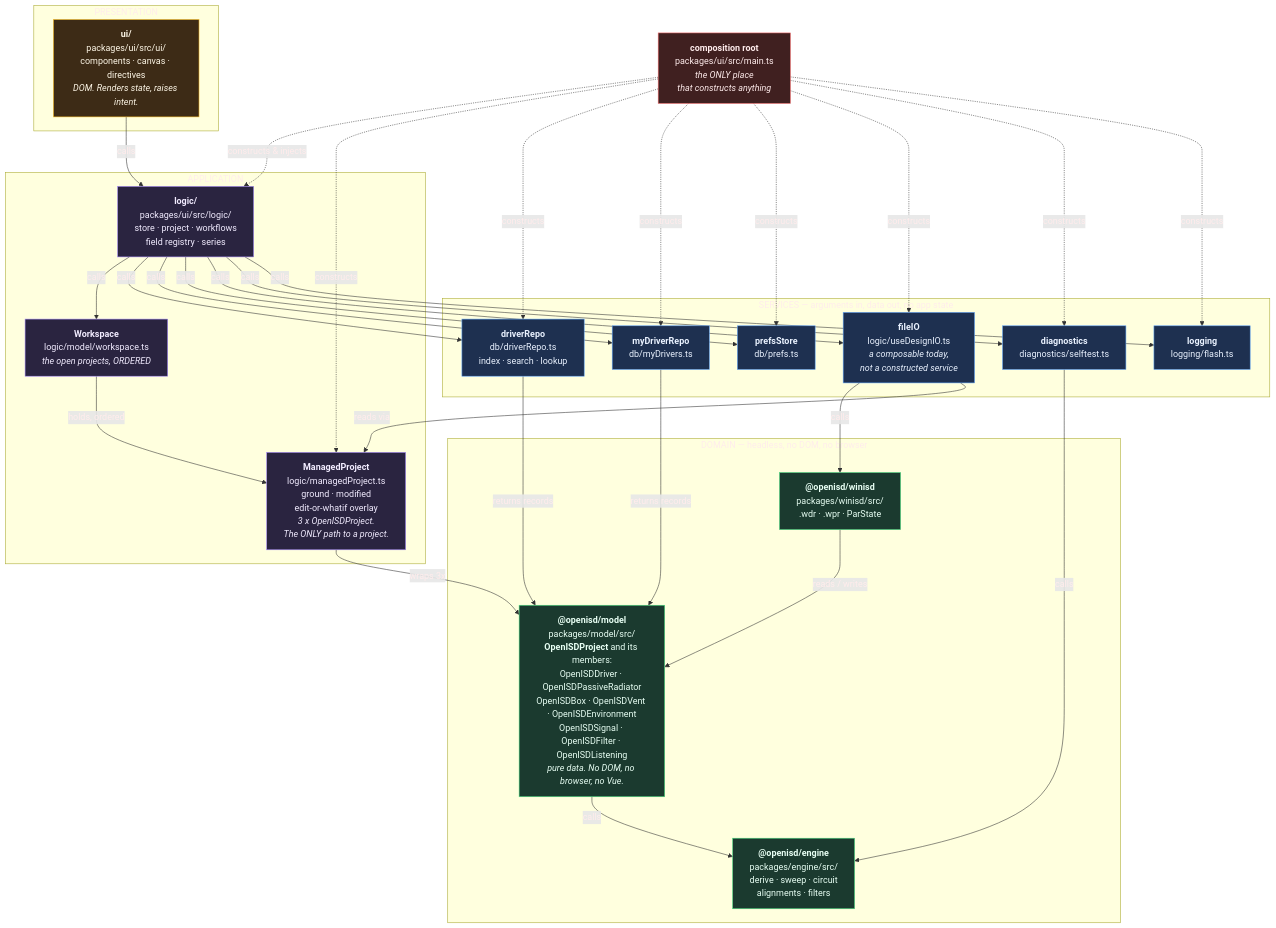
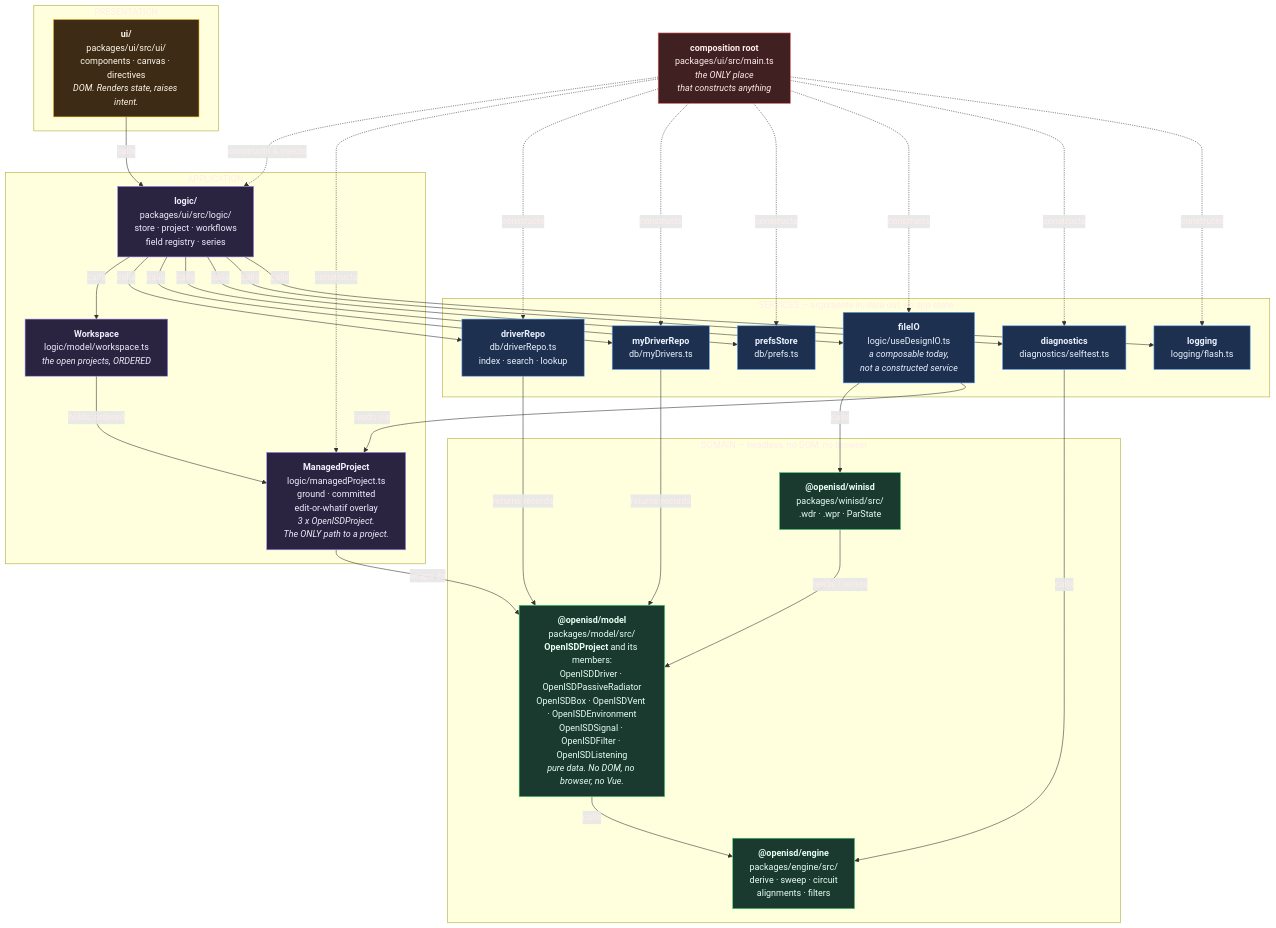
Before and after one commit to Johnlon/openisd: the second of 5 diagrams in ARCHITECTURE.md, drawn with Mermaid. The commit also changed other lines of this file and 1 other file, not shown here.

First line of the commit message:
Rename "modified state" to "committed state"

````diff
--- a/ARCHITECTURE.md
+++ b/ARCHITECTURE.md
@@ -151,67 +151,67 @@
 ```mermaid
 graph TD
     subgraph L1["PRESENTATION"]
         UI["<b>ui/</b><br/>packages/ui/src/ui/<br/>components · canvas · directives<br/><i>DOM. Renders state, raises intent.</i>"]
     end
 
     subgraph L2["APPLICATION"]
         LOGIC["<b>logic/</b><br/>packages/ui/src/logic/<br/>store · project · workflows<br/>field registry · series"]
         WSPACE["<b>Workspace</b><br/>logic/model/workspace.ts<br/><i>the open projects, ORDERED</i>"]
-        MANAGED["<b>ManagedProject</b><br/>logic/managedProject.ts<br/>ground · modified<br/>edit-or-whatif overlay<br/><i>3 x OpenISDProject.<br/>The ONLY path to a project.</i>"]
+        MANAGED["<b>ManagedProject</b><br/>logic/managedProject.ts<br/>ground · committed<br/>edit-or-whatif overlay<br/><i>3 x OpenISDProject.<br/>The ONLY path to a project.</i>"]
     end
 
     subgraph L3["SERVICES — arguments in, data out, no app state"]
         DRIVERREPO["<b>driverRepo</b><br/>db/driverRepo.ts<br/>index · search · lookup"]
         MYREPO["<b>myDriverRepo</b><br/>db/myDrivers.ts"]
         PREFS["<b>prefsStore</b><br/>db/prefs.ts"]
         FILEIO["<b>fileIO</b><br/>logic/useDesignIO.ts<br/><i>a composable today,<br/>not a constructed service</i>"]
         DIAG["<b>diagnostics</b><br/>diagnostics/selftest.ts"]
         LOGGING["<b>logging</b><br/>logging/flash.ts"]
     end
 
     subgraph L4["DOMAIN — headless, no DOM, no browser"]
         MODEL["<b>@openisd/model</b><br/>packages/model/src/<br/><b>OpenISDProject</b> and its members:<br/>OpenISDDriver · OpenISDPassiveRadiator<br/>OpenISDBox · OpenISDVent · OpenISDEnvironment<br/>OpenISDSignal · OpenISDFilter · OpenISDListening<br/><i>pure data. No DOM, no browser, no Vue.</i>"]
         ENGINE["<b>@openisd/engine</b><br/>packages/engine/src/<br/>derive · sweep · circuit<br/>alignments · filters"]
         SERIAL["<b>@openisd/winisd</b><br/>packages/winisd/src/<br/>.wdr · .wpr · ParState"]
     end
 
     ROOT["<b>composition root</b><br/>packages/ui/src/main.ts<br/><i>the ONLY place<br/>that constructs anything</i>"]
 
     ROOT -. "constructs & injects" .-> LOGIC
     ROOT -. "constructs" .-> MANAGED
     ROOT -. "constructs" .-> DRIVERREPO
     ROOT -. "constructs" .-> MYREPO
     ROOT -. "constructs" .-> PREFS
     ROOT -. "constructs" .-> FILEIO
     ROOT -. "constructs" .-> DIAG
     ROOT -. "constructs" .-> LOGGING
 
     UI -->|calls| LOGIC
     LOGIC -->|calls| WSPACE
     WSPACE -->|"holds, ordered"| MANAGED
     LOGIC -->|calls| DRIVERREPO
     LOGIC -->|calls| MYREPO
     LOGIC -->|calls| PREFS
     LOGIC -->|calls| FILEIO
     LOGIC -->|calls| DIAG
     LOGIC -->|calls| LOGGING
     MANAGED -->|"wraps 3x"| MODEL
     DRIVERREPO -->|"returns records"| MODEL
     MYREPO -->|"returns records"| MODEL
     FILEIO -->|calls| SERIAL
     FILEIO -->|"reads via"| MANAGED
     DIAG -->|calls| ENGINE
     MODEL -->|calls| ENGINE
     SERIAL -->|"reads / writes"| MODEL
 
     classDef pres fill:#3d2b16,stroke:#fbbf24,color:#fff8e8
     classDef app fill:#2a2440,stroke:#a78bfa,color:#f2ecff
     classDef svc fill:#1e3050,stroke:#60a5fa,color:#eaf2ff
     classDef dom fill:#1b3a2f,stroke:#4ade80,color:#e8fff4
     classDef root fill:#402020,stroke:#f87171,color:#ffecec
     class UI pres
     class LOGIC,WSPACE,MANAGED app
     class DRIVERREPO,MYREPO,PREFS,FILEIO,DIAG,LOGGING svc
     class MODEL,ENGINE,SERIAL dom
     class ROOT root
 ```
````
